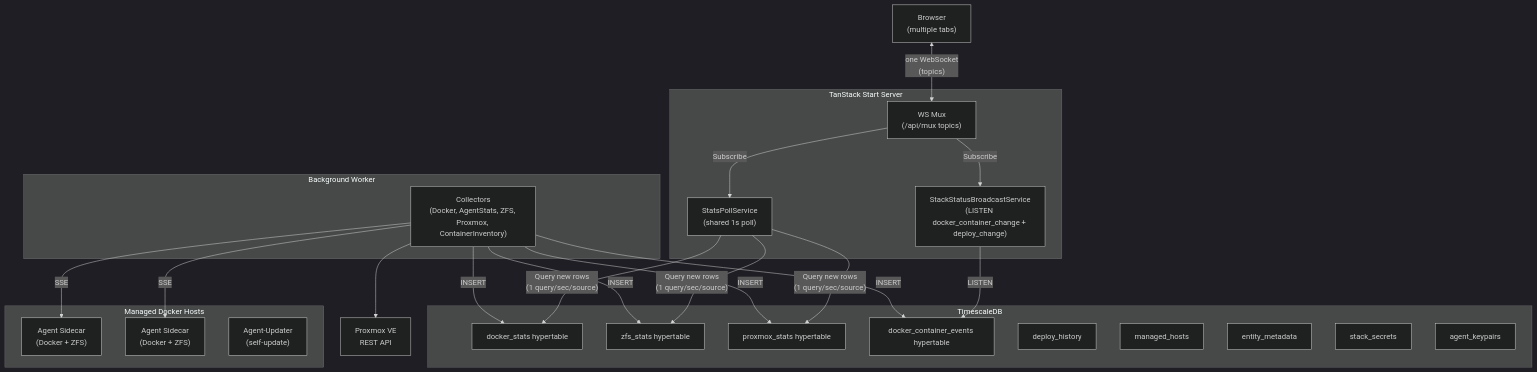
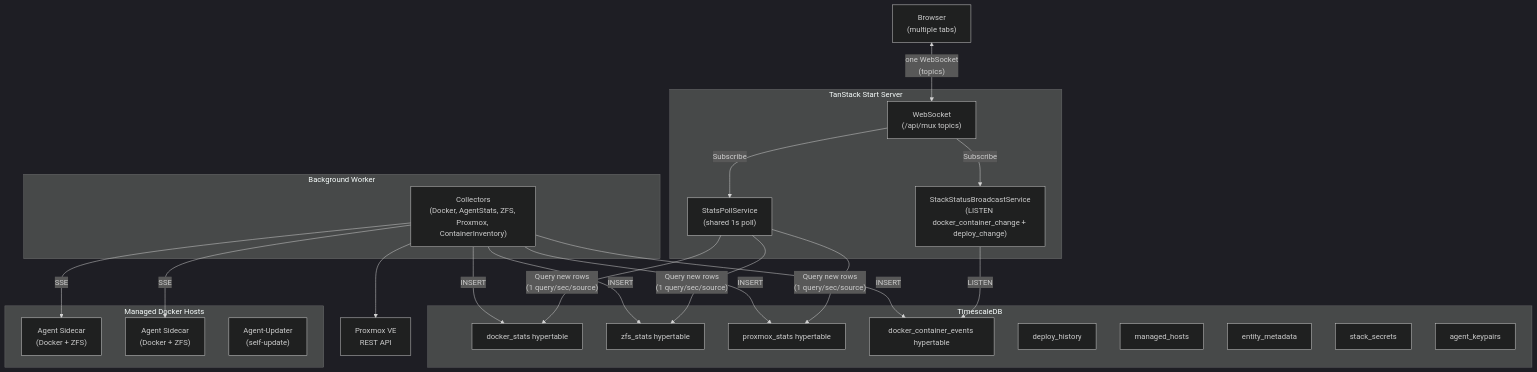
The first of 5 diagrams in docs/architecture.md (jaredglaser/homelab-manager), drawn with Mermaid (dark theme) before and after one commit. The commit also changed other lines of this file and 21 other files, not shown here.

First line of the commit message:
docs(mux): say the WebSocket instead of reifying "the mux" in prose

````diff
--- a/docs/architecture.md
+++ b/docs/architecture.md
@@ -5,49 +5,49 @@
 ```mermaid
 graph TD
     Browser["Browser<br/>(multiple tabs)"]
 
     subgraph TanStack_Start["TanStack Start Server"]
-        Mux["WS Mux<br/>(/api/mux topics)"]
+        Mux["WebSocket<br/>(/api/mux topics)"]
         PollSvc["StatsPollService<br/>(shared 1s poll)"]
         StackBroadcast["StackStatusBroadcastService<br/>(LISTEN docker_container_change + deploy_change)"]
     end
 
     subgraph Database["TimescaleDB"]
         DockerTable["docker_stats hypertable"]
         ZFSTable["zfs_stats hypertable"]
         ProxmoxTable["proxmox_stats hypertable"]
         ContainerEvents["docker_container_events hypertable"]
         DeployHistory["deploy_history"]
         ManagedHosts["managed_hosts"]
         EntityMetadata["entity_metadata"]
         StackSecrets["stack_secrets"]
         AgentKeypairs["agent_keypairs"]
     end
 
     subgraph Worker["Background Worker"]
         Collectors["Collectors<br/>(Docker, AgentStats, ZFS, Proxmox, ContainerInventory)"]
     end
 
     subgraph Hosts["Managed Docker Hosts"]
         Agent1["Agent Sidecar<br/>(Docker + ZFS)"]
         Agent2["Agent Sidecar<br/>(Docker + ZFS)"]
         Updater["Agent-Updater<br/>(self-update)"]
     end
 
     ProxmoxHost["Proxmox VE<br/>REST API"]
 
     Browser <-->|"one WebSocket<br/>(topics)"| Mux
     Mux -->|"Subscribe"| PollSvc
     Mux -->|"Subscribe"| StackBroadcast
     PollSvc -->|"Query new rows<br/>(1 query/sec/source)"| DockerTable
     PollSvc -->|"Query new rows<br/>(1 query/sec/source)"| ZFSTable
     PollSvc -->|"Query new rows<br/>(1 query/sec/source)"| ProxmoxTable
     StackBroadcast -->|"LISTEN"| ContainerEvents
     Collectors -->|"INSERT"| DockerTable
     Collectors -->|"INSERT"| ZFSTable
     Collectors -->|"INSERT"| ProxmoxTable
     Collectors -->|"INSERT"| ContainerEvents
     Collectors -->|"SSE"| Agent1
     Collectors -->|"SSE"| Agent2
     Collectors --> ProxmoxHost
 ```
````
